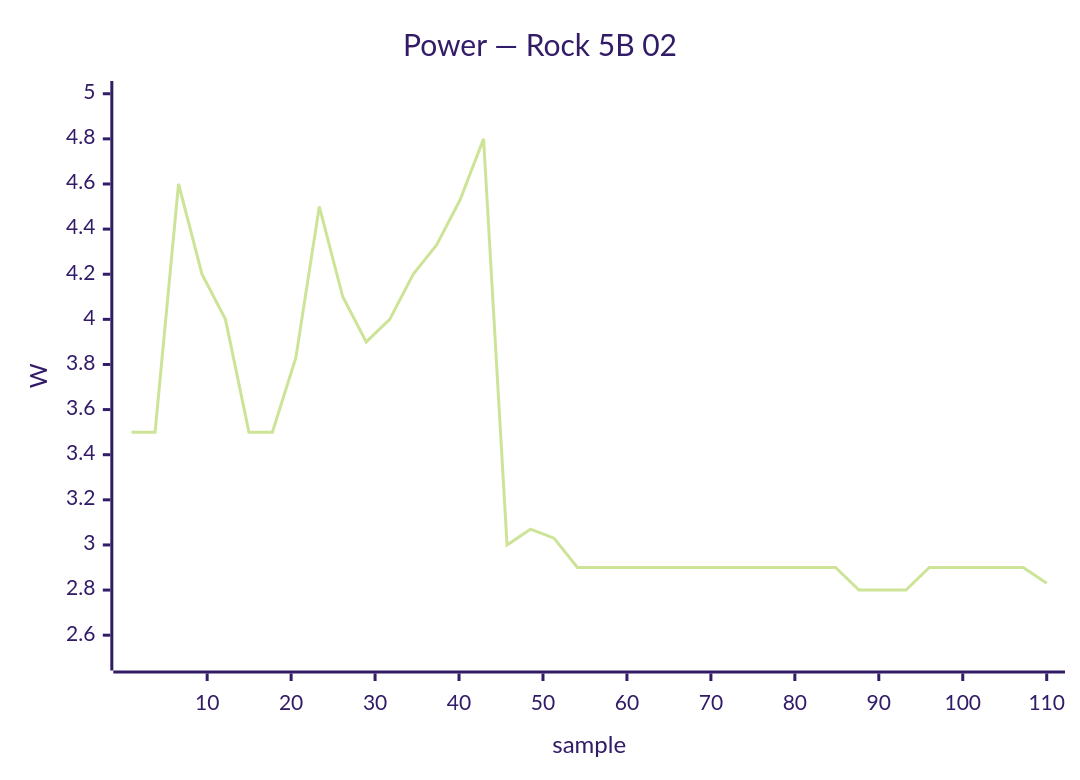
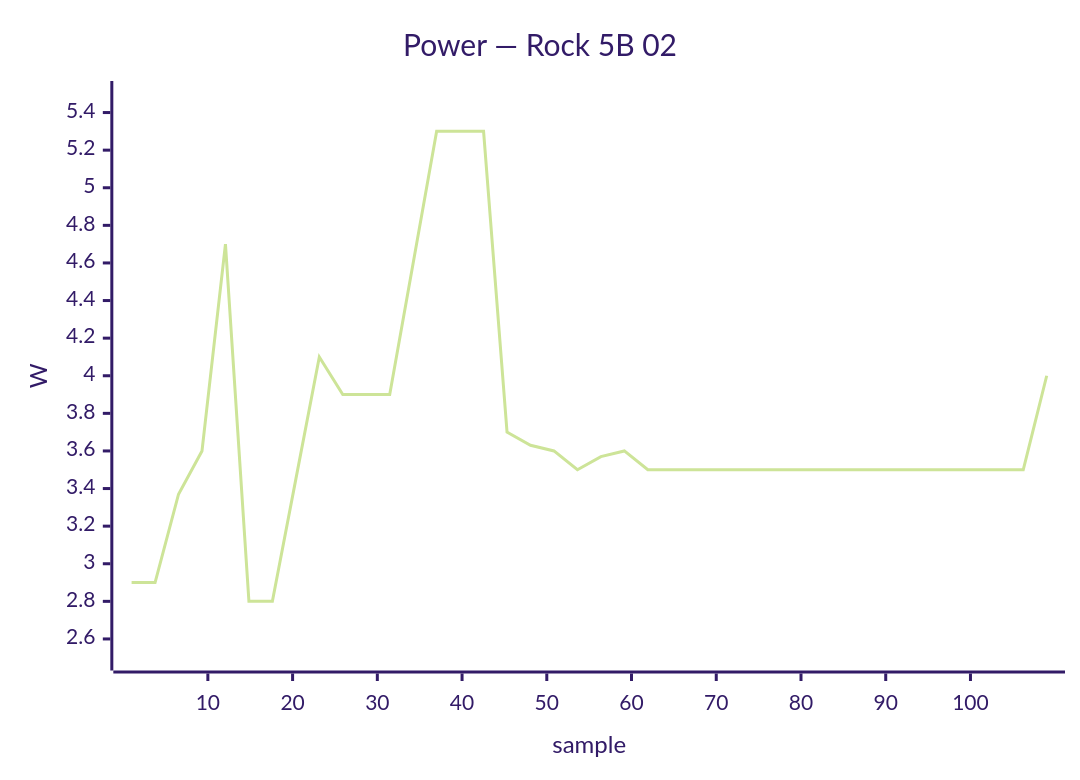
The fourth of 33 diagrams in docs/status/board-tests.md (armbian/documentation), drawn with Mermaid (forest theme) before and after one commit. The commit also changed other lines of this file, not shown here.

````diff
--- a/docs/status/board-tests.md
+++ b/docs/status/board-tests.md
@@ -191,7 +190,7 @@
 ```mermaid
 xychart-beta
     title "Power — Rock 5B 02"
-    x-axis "sample" 1 --> 110
-    y-axis "W" 2.5 --> 5.0
-    line [3.50, 3.50, 4.60, 4.20, 4.00, 3.50, 3.50, 3.83, 4.50, 4.10, 3.90, 4.00, 4.20, 4.33, 4.53, 4.80, 3.00, 3.07, 3.03, 2.90, 2.90, 2.90, 2.90, 2.90, 2.90, 2.90, 2.90, 2.90, 2.90, 2.90, 2.90, 2.80, 2.80, 2.80, 2.90, 2.90, 2.90, 2.90, 2.90, 2.83]
+    x-axis "sample" 1 --> 109
+    y-axis "W" 2.5 --> 5.5
+    line [2.90, 2.90, 3.37, 3.60, 4.70, 2.80, 2.80, 3.45, 4.10, 3.90, 3.90, 3.90, 4.60, 5.30, 5.30, 5.30, 3.70, 3.63, 3.60, 3.50, 3.57, 3.60, 3.50, 3.50, 3.50, 3.50, 3.50, 3.50, 3.50, 3.50, 3.50, 3.50, 3.50, 3.50, 3.50, 3.50, 3.50, 3.50, 3.50, 4.00]
 ```
````
